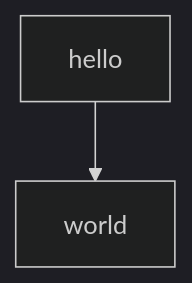
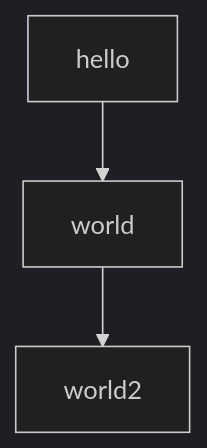
Before and after one commit to fralau/mkdocs-mermaid2-plugin: the first of 2 diagrams in test/docs/index.md, drawn with Mermaid (dark theme). The commit also changed other lines of this file and 2 other files, not shown here.

Commit message:
Add tests

````diff
--- a/test/docs/index.md
+++ b/test/docs/index.md
@@ -6,4 +6,5 @@
 ```mermaid
 graph TD
     hello --> world
+    world --> world2
 ```
````
